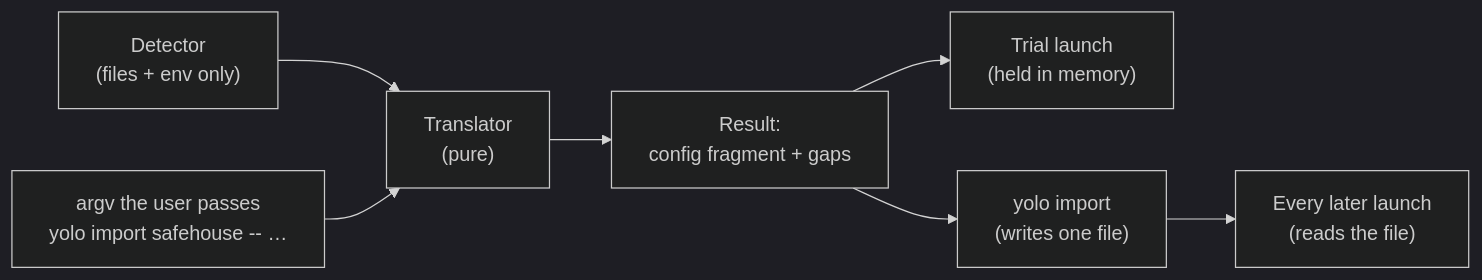
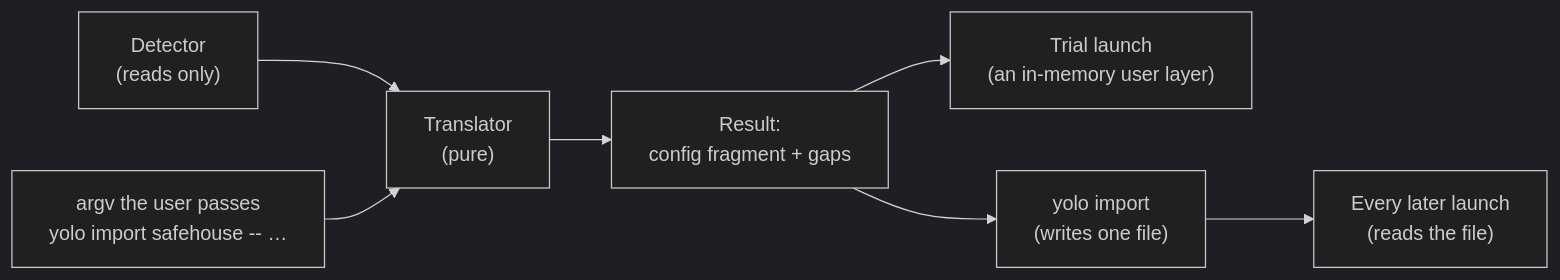
One commit to mschulkind-oss/yolo-jail changed the diagram in docs/design/sandvault-safehouse-compat.md. Above: the diagram before and after it, drawn with Mermaid (dark theme). The commit also changed other lines of this file and 2 other files, not shown here.

````diff
--- a/docs/design/sandvault-safehouse-compat.md
+++ b/docs/design/sandvault-safehouse-compat.md
@@ -164,9 +177,9 @@
 ```mermaid
 flowchart LR
-  D["Detector<br/>(files + env only)"] --> T["Translator<br/>(pure)"]
+  D["Detector<br/>(reads only)"] --> T["Translator<br/>(pure)"]
   A["argv the user passes<br/>yolo import safehouse -- …"] --> T
   T --> R["Result:<br/>config fragment + gaps"]
-  R --> TR["Trial launch<br/>(held in memory)"]
+  R --> TR["Trial launch<br/>(an in-memory user layer)"]
   R --> IM["yolo import<br/>(writes one file)"]
   IM --> L["Every later launch<br/>(reads the file)"]
 ```
````
